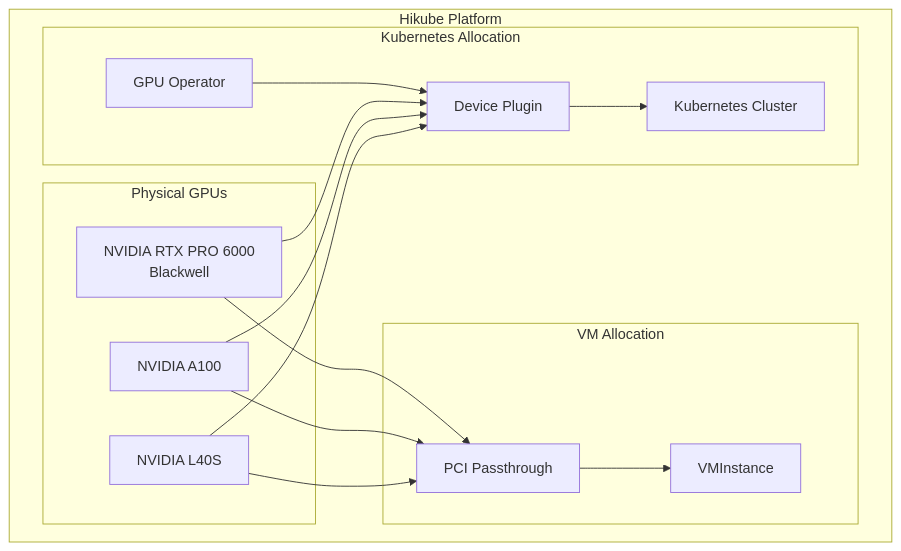
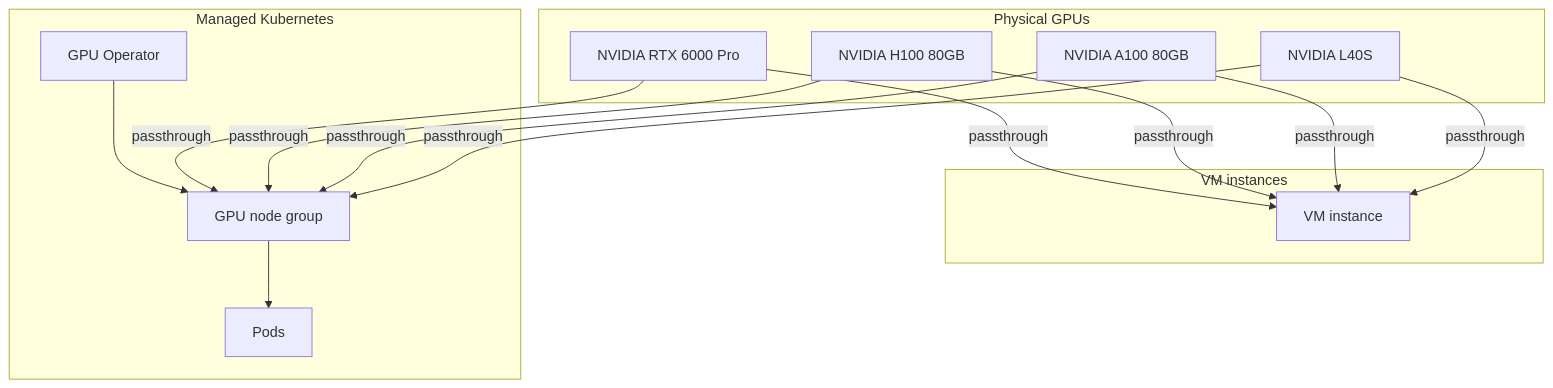
The first of 2 diagrams in i18n/en/docusaurus-plugin-content-docs/current/services/gpu/concepts.md (HidoraSwiss/hikube-public-doc), drawn with Mermaid before and after one commit. The commit also changed other lines of this file and 148 other files, not shown here.

````diff
--- a/i18n/en/docusaurus-plugin-content-docs/current/services/gpu/concepts.md
+++ b/i18n/en/docusaurus-plugin-content-docs/current/services/gpu/concepts.md
@@ -12,32 +12,24 @@
 ```mermaid
 graph TB
-    subgraph "Hikube Platform"
-        subgraph "Physical GPUs"
-            G1[NVIDIA L40S]
-            G2[NVIDIA A100]
-            G3[NVIDIA RTX PRO 6000<br/>Blackwell]
-        end
-
-        subgraph "VM Allocation"
-            VMI[VMInstance]
-            PT[PCI Passthrough]
-        end
-
-        subgraph "Kubernetes Allocation"
-            K8S[Kubernetes Cluster]
-            DP[Device Plugin]
-            GO[GPU Operator]
-        end
+    subgraph "Physical GPUs"
+        G1[NVIDIA L40S]
+        G2[NVIDIA A100 80GB]
+        G3[NVIDIA H100 80GB]
+        G4[NVIDIA RTX 6000 Pro]
     end
 
-    G1 --> PT
-    G2 --> PT
-    G3 --> PT
-    PT --> VMI
+    subgraph "VM instances"
+        VMI[VM instance]
+    end
 
-    G1 --> DP
-    G2 --> DP
-    G3 --> DP
-    GO --> DP
-    DP --> K8S
+    subgraph "Managed Kubernetes"
+        NG[GPU node group]
+        GO[GPU Operator]
+        POD[Pods]
+    end
+
+    G1 & G2 & G3 & G4 -->|passthrough| VMI
+    G1 & G2 & G3 & G4 -->|passthrough| NG
+    GO --> NG
+    NG --> POD
 ```
````
